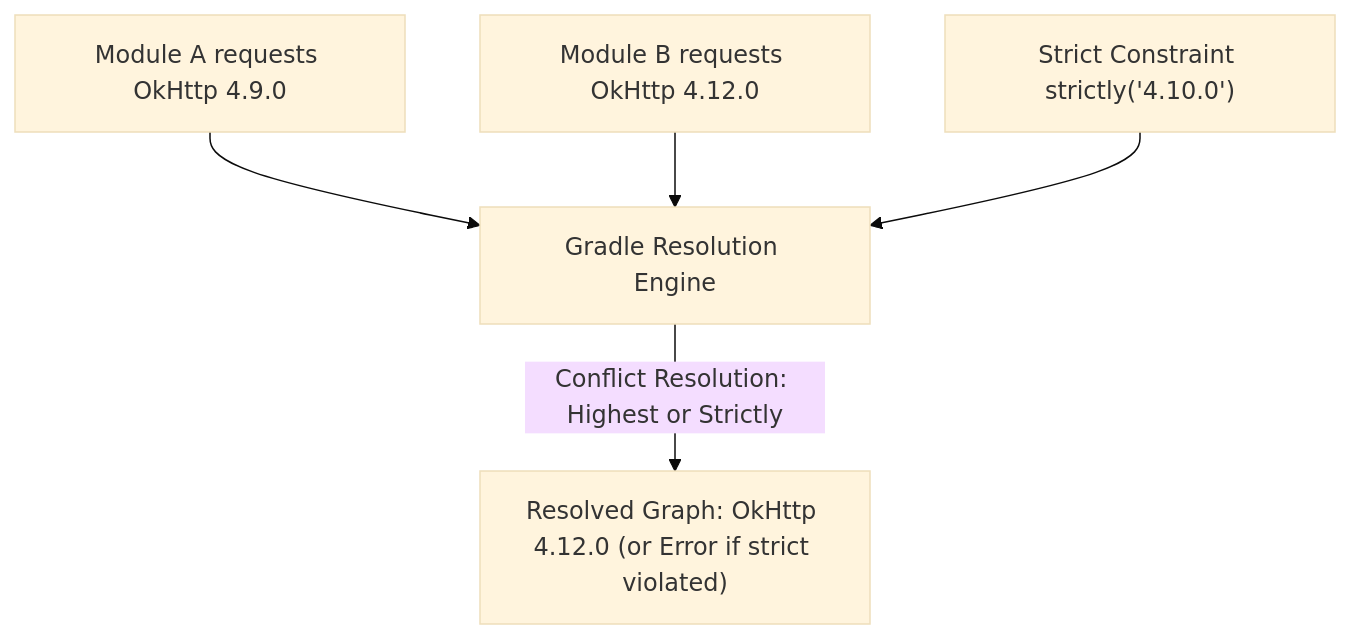
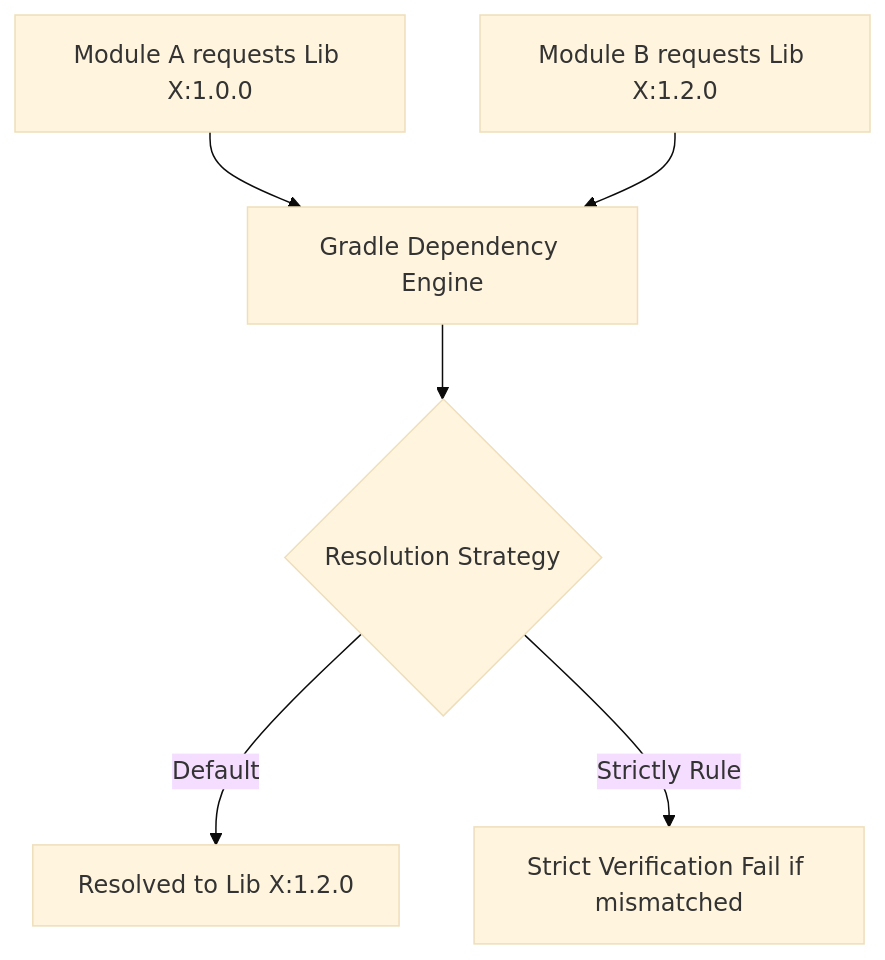
The diagram in 01_inbox/mobile/android/03_packaging_deployment/build/dependency-versioning/dependency-ci-contracts/gradle-dependency-management-controls-resolution-graph-not-requested-versions.md (youngmin-gwon/what-i-studied), drawn with Mermaid (base theme) before and after one commit. The commit also changed other lines of this file and 134 other files, not shown here.

````diff
--- a/01_inbox/mobile/android/03_packaging_deployment/build/dependency-versioning/dependency-ci-contracts/gradle-dependency-management-controls-resolution-graph-not-requested-versions.md
+++ b/01_inbox/mobile/android/03_packaging_deployment/build/dependency-versioning/dependency-ci-contracts/gradle-dependency-management-controls-resolution-graph-not-requested-versions.md
@@ -20,7 +27,8 @@
 ```mermaid
 flowchart TD
-    ReqA["Module A requests OkHttp 4.9.0"] --> Engine["Gradle Resolution Engine"]
-    ReqB["Module B requests OkHttp 4.12.0"] --> Engine
-    Constraint["Strict Constraint strictly('4.10.0')"] --> Engine
-    Engine -->|Conflict Resolution: Highest or Strictly| Resolved["Resolved Graph: OkHttp 4.12.0 (or Error if strict violated)"]
+    ReqA["Module A requests Lib X:1.0.0"] --> Engine["Gradle Dependency Engine"]
+    ReqB["Module B requests Lib X:1.2.0"] --> Engine
+    Engine --> Strategy{"Resolution Strategy"}
+    Strategy -->|Default| Highest["Resolved to Lib X:1.2.0"]
+    Strategy -->|Strictly Rule| StrictFail["Strict Verification Fail if mismatched"]
 ```
````
